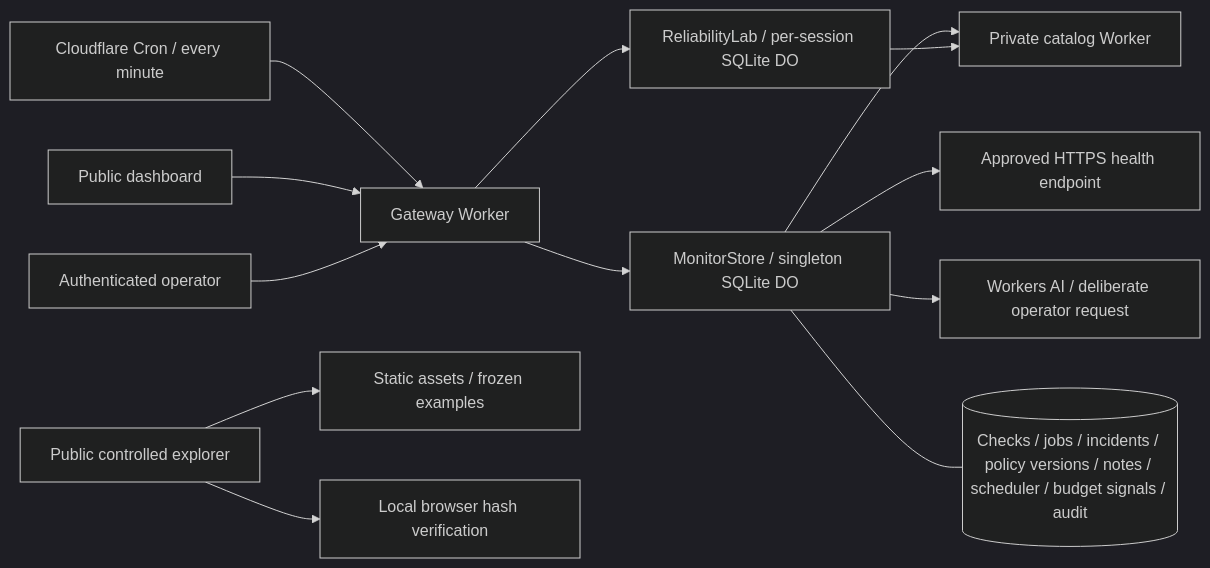
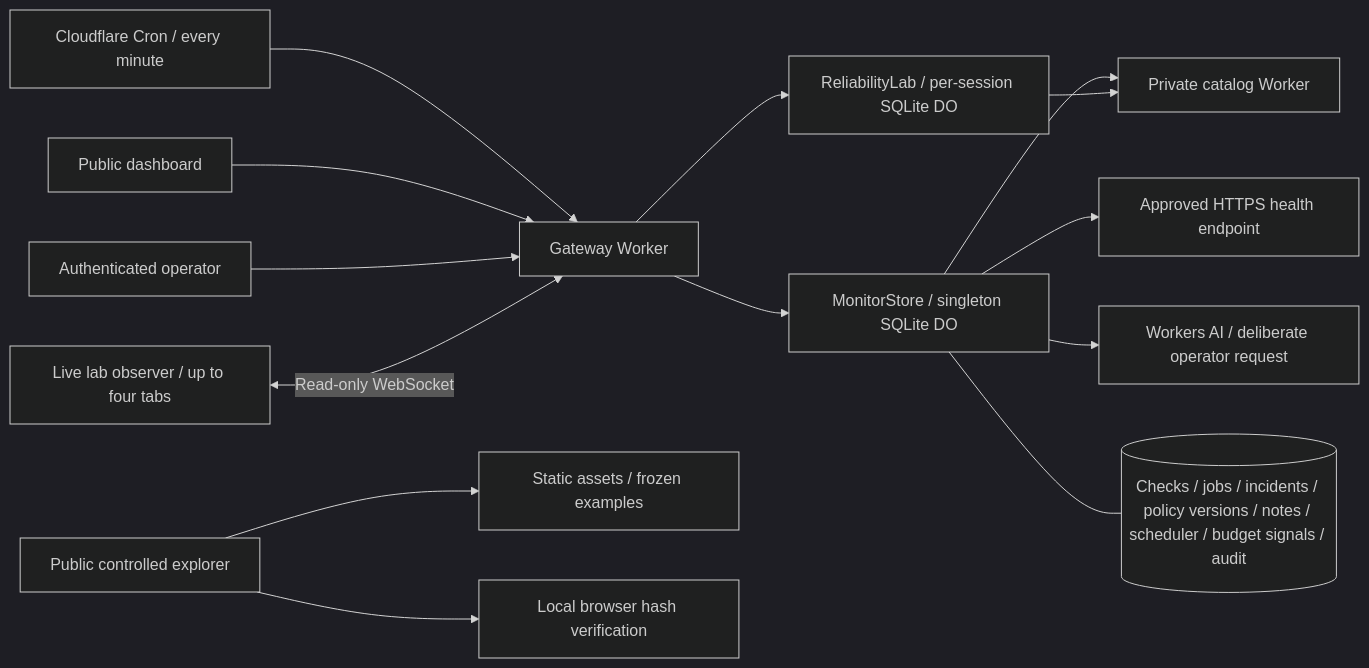
The diagram in README.md (HenryWashuHe/edgelab), drawn with Mermaid (dark theme) before and after one commit. The commit also changed other lines of this file and 26 other files, not shown here.

Commit message:
Observe committed lab state through hibernating WebSockets

````diff
--- a/README.md
+++ b/README.md
@@ -54,15 +54,16 @@
 ```mermaid
 flowchart LR
   C[Cloudflare Cron / every minute] --> G[Gateway Worker]
   B[Public dashboard] --> G
   A[Authenticated operator] --> G
   G --> M[MonitorStore / singleton SQLite DO]
   M --> P[Private catalog Worker]
   M --> H[Approved HTTPS health endpoint]
   M --> AI[Workers AI / deliberate operator request]
   M --- S[(Checks / jobs / incidents / policy versions / notes / scheduler / budget signals / audit)]
   E[Public controlled explorer] --> F[Static assets / frozen examples]
   E --> V[Local browser hash verification]
   G --> L[ReliabilityLab / per-session SQLite DO]
+  O[Live lab observer / up to four tabs] <-->|Read-only WebSocket| G
   L --> P
 ```
````
